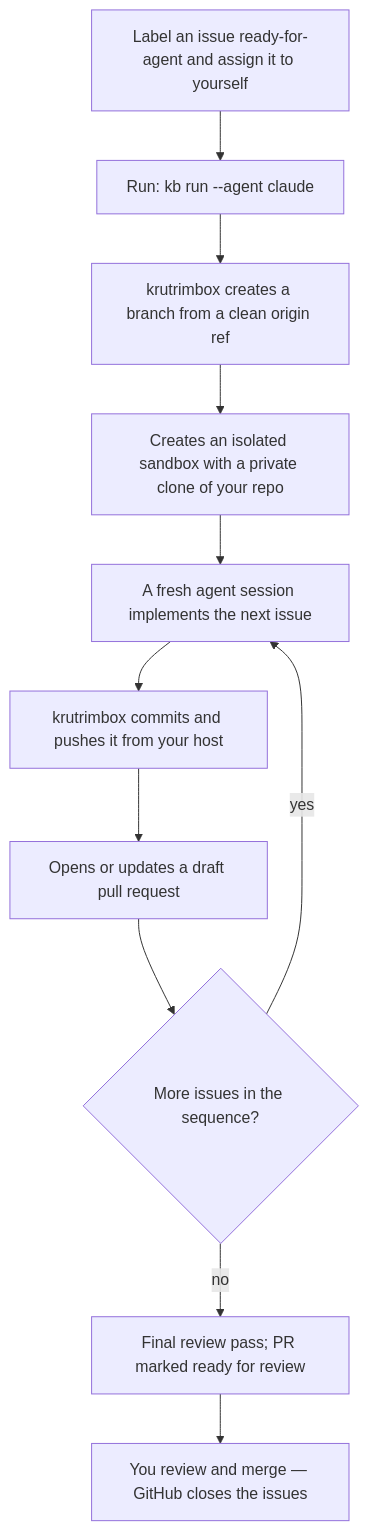
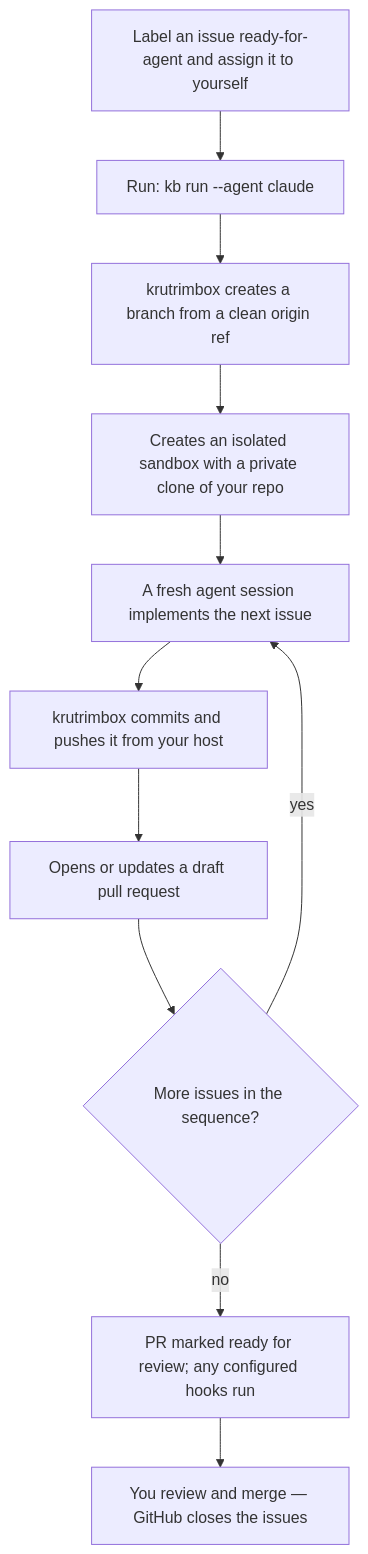
One commit to jd-solanki/krutrimbox changed the diagram in docs/vitepress/guide/quickstart.md. Above: the diagram before and after it, drawn with Mermaid. The commit also changed 8 other files, not shown here.

````diff
--- a/docs/vitepress/guide/quickstart.md
+++ b/docs/vitepress/guide/quickstart.md
@@ -11,13 +11,13 @@
 ```mermaid
 flowchart TD
   A["Label an issue ready-for-agent and assign it to yourself"] --> B["Run: kb run --agent claude"]
   B --> C["krutrimbox creates a branch from a clean origin ref"]
   C --> D["Creates an isolated sandbox with a private clone of your repo"]
   D --> E["A fresh agent session implements the next issue"]
   E --> F["krutrimbox commits and pushes it from your host"]
   F --> G["Opens or updates a draft pull request"]
   G --> H{"More issues in the sequence?"}
   H -- yes --> E
-  H -- no --> I["Final review pass; PR marked ready for review"]
+  H -- no --> I["PR marked ready for review; any configured hooks run"]
   I --> J["You review and merge — GitHub closes the issues"]
 ```
````
